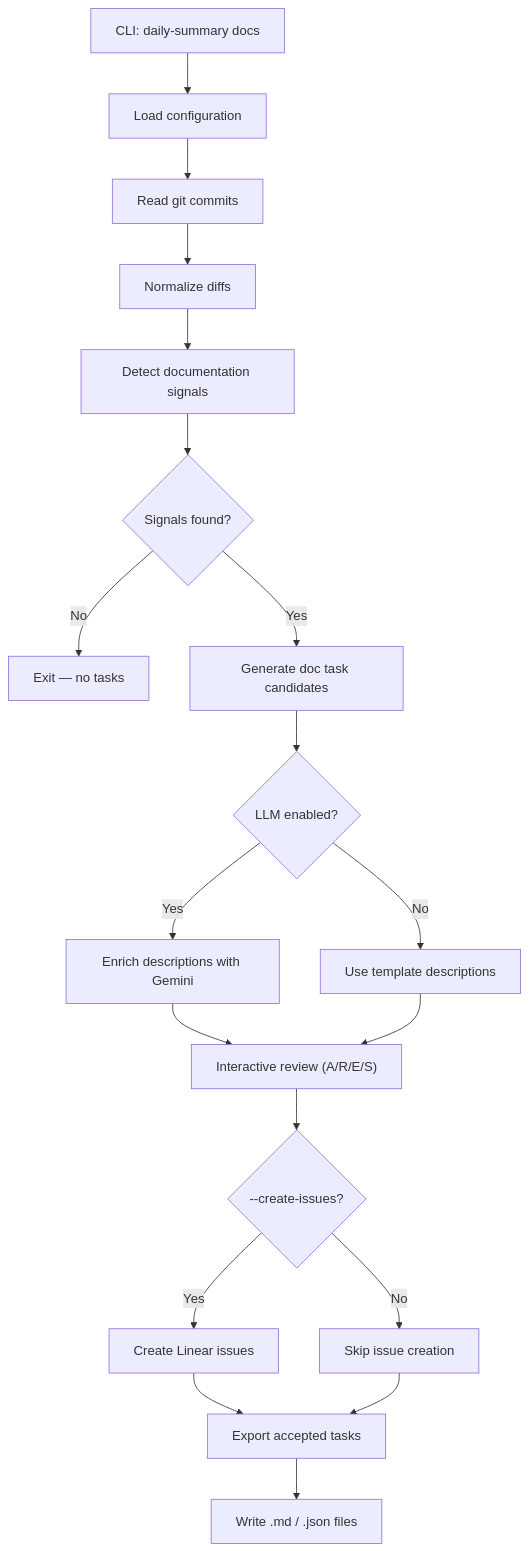
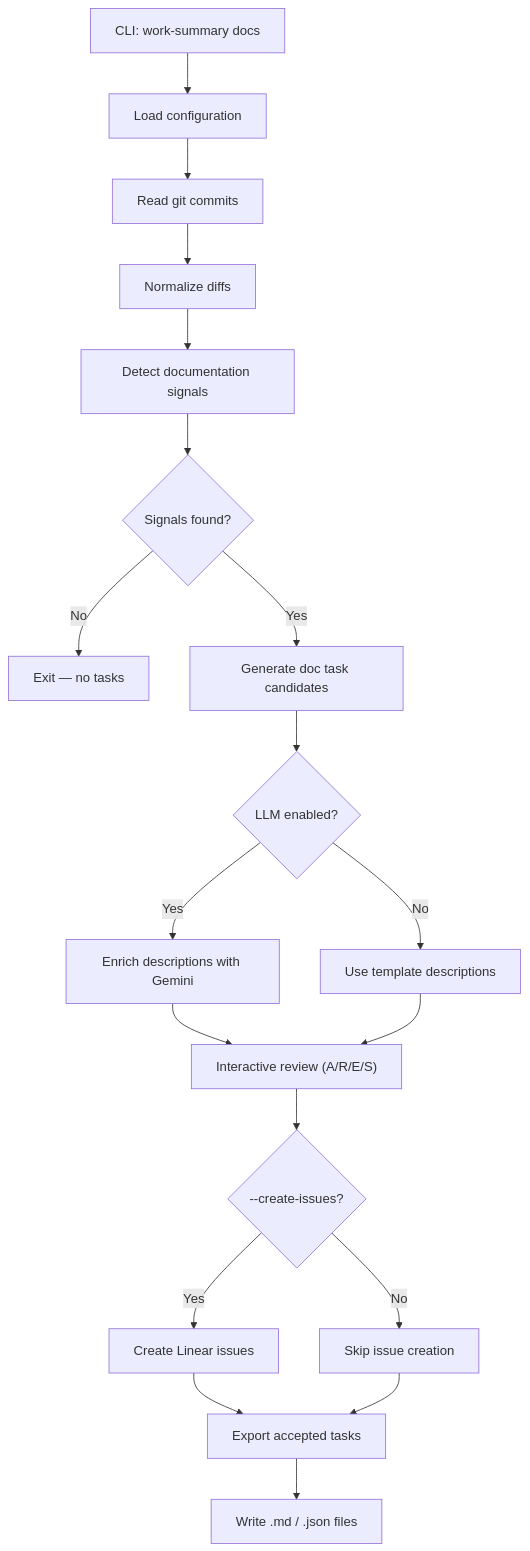
Before and after one commit to Vedant1202/work-summarizer: the second of 4 diagrams in website/docs/introduction.md, drawn with Mermaid. The commit also changed other lines of this file and 22 other files, not shown here.

````diff
--- a/website/docs/introduction.md
+++ b/website/docs/introduction.md
@@ -48,21 +48,21 @@
 ```mermaid
 flowchart TD
-  A["CLI: daily-summary docs"] --> B["Load configuration"]
+  A["CLI: work-summary docs"] --> B["Load configuration"]
   B --> C["Read git commits"]
   C --> D["Normalize diffs"]
   D --> E["Detect documentation signals"]
   E --> F{"Signals found?"}
   F -->|No| G["Exit — no tasks"]
   F -->|Yes| H["Generate doc task candidates"]
   H --> I{"LLM enabled?"}
   I -->|Yes| J["Enrich descriptions with Gemini"]
   I -->|No| K["Use template descriptions"]
   J --> L["Interactive review (A/R/E/S)"]
   K --> L
   L --> M{"--create-issues?"}
   M -->|Yes| N["Create Linear issues"]
   M -->|No| O["Skip issue creation"]
   N --> P["Export accepted tasks"]
   O --> P
   P --> Q["Write .md / .json files"]
 ```
````
